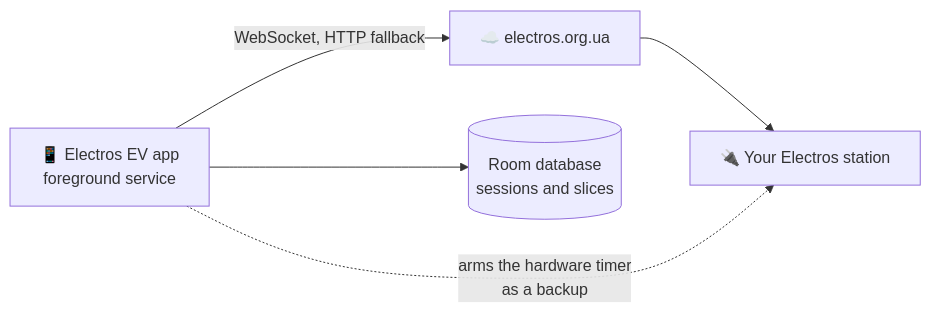
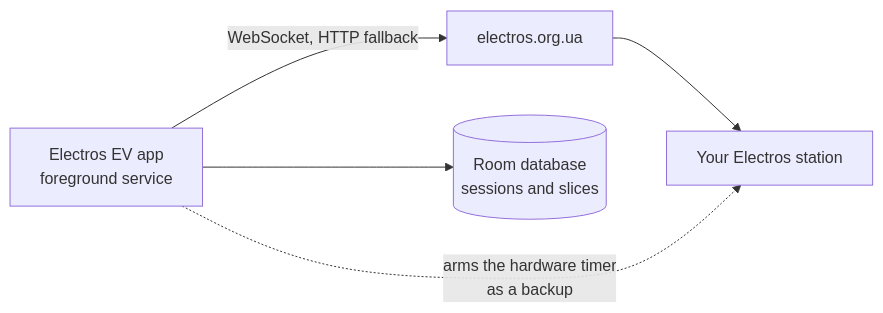
One commit to aleksandrtk/electros-app changed the diagram in README.md. Above: the diagram before and after it, drawn with Mermaid.

Commit message:
docs: plain labels in the README diagram

````diff
--- a/README.md
+++ b/README.md
@@ -66,7 +66,7 @@
 ```mermaid
 flowchart LR
-    A["📱 Electros EV app<br/>foreground service"] -- "WebSocket, HTTP fallback" --> B["☁️ electros.org.ua"]
-    B --> C["🔌 Your Electros station"]
+    A["Electros EV app<br/>foreground service"] -- "WebSocket, HTTP fallback" --> B["electros.org.ua"]
+    B --> C["Your Electros station"]
     A -. "arms the hardware timer<br/>as a backup" .-> C
     A --> D[("Room database<br/>sessions and slices")]
 ```
````
